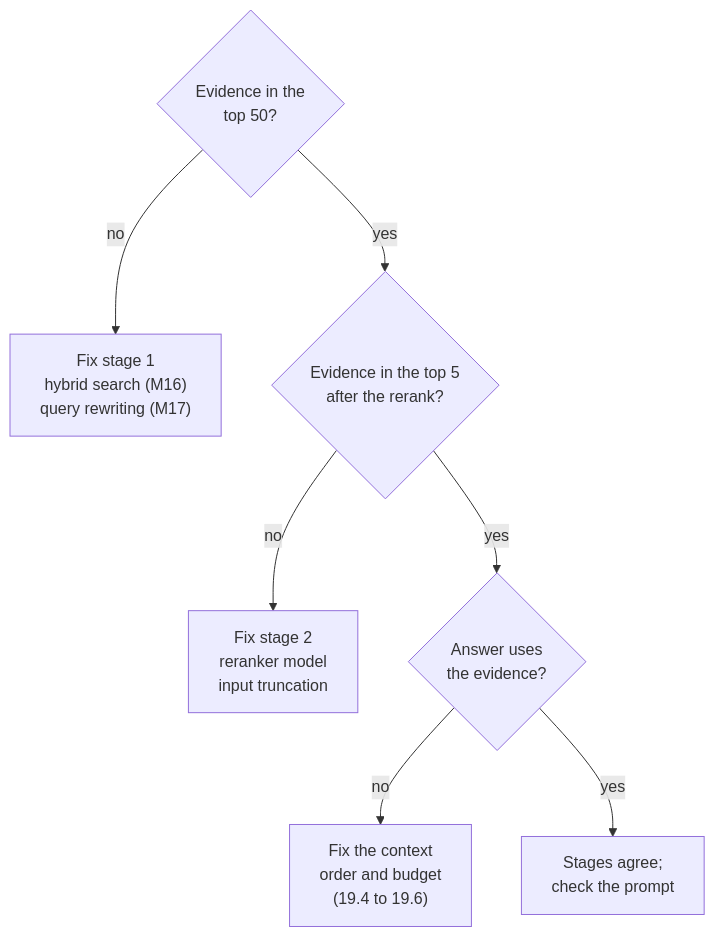
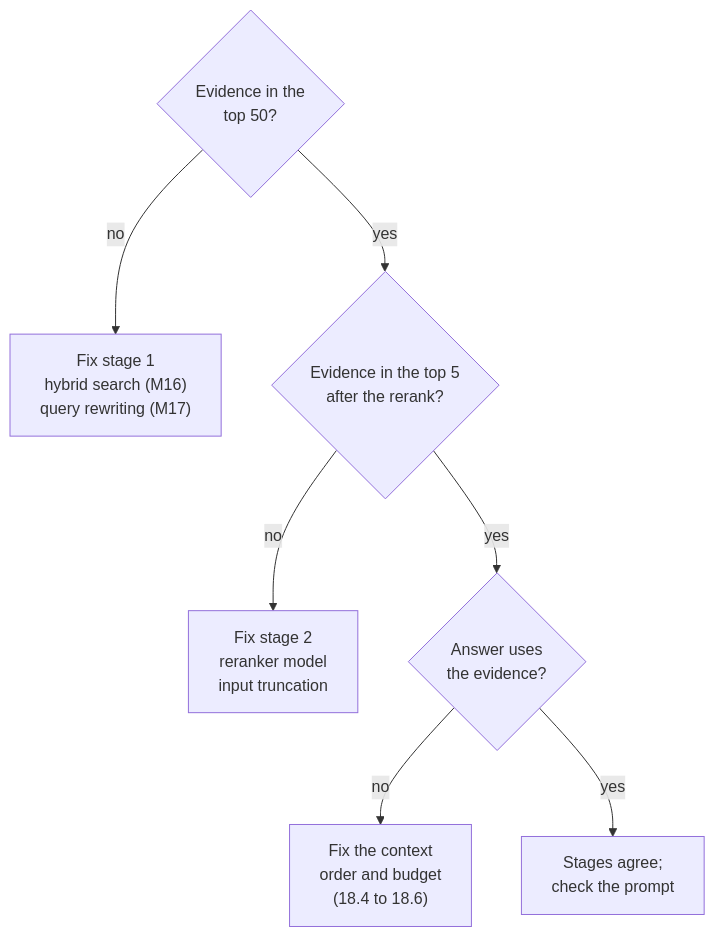
Before and after one commit to Sourav692/rag-agents-engineering: the diagram in p05_retrieval_quality_and_rag_apps/m18_reranking_post_retrieval/mandatory/theory/01_two_stage_retrieval_retrieve_wide_rerank_narrow/README.md, drawn with Mermaid. The commit also changed other lines of this file and 322 other files, not shown here.

````diff
--- a/p05_retrieval_quality_and_rag_apps/m18_reranking_post_retrieval/mandatory/theory/01_two_stage_retrieval_retrieve_wide_rerank_narrow/README.md
+++ b/p05_retrieval_quality_and_rag_apps/m18_reranking_post_retrieval/mandatory/theory/01_two_stage_retrieval_retrieve_wide_rerank_narrow/README.md
@@ -32,9 +32,9 @@
 ```mermaid
 flowchart TD
     A{"Evidence in the<br/>top 50?"} -- no --> F1["Fix stage 1<br/>hybrid search (M16)<br/>query rewriting (M17)"]
     A -- yes --> B{"Evidence in the top 5<br/>after the rerank?"}
     B -- no --> F2["Fix stage 2<br/>reranker model<br/>input truncation"]
     B -- yes --> C{"Answer uses<br/>the evidence?"}
-    C -- no --> F3["Fix the context<br/>order and budget<br/>(19.4 to 19.6)"]
+    C -- no --> F3["Fix the context<br/>order and budget<br/>(18.4 to 18.6)"]
     C -- yes --> OK["Stages agree;<br/>check the prompt"]
 ```
````
